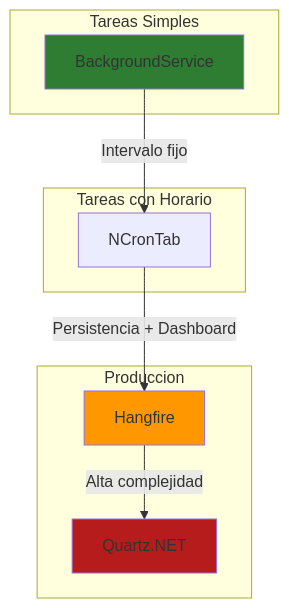
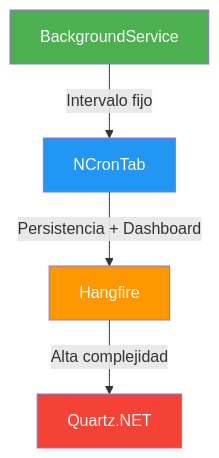
One commit to joseluisgs/DesarrolloWebEntornosServidor-02-2026-2027 changed the second of 4 diagrams in 22-tareas-programadas.md. Above: the diagram before and after it, drawn with Mermaid. The commit also changed other lines of this file, not shown here.

First line of the commit message:
[docs] Reescribir 22-tareas-programadas.md con formato AGENTS.md

````diff
--- a/22-tareas-programadas.md
+++ b/22-tareas-programadas.md
@@ -73,23 +94,10 @@
 ```mermaid
 flowchart TB
-    subgraph Simple["Tareas Simples"]
-        BS[BackgroundService]
-    end
-    
-    subgraph Medium["Tareas con Horario"]
-        NC[NCronTab]
-    end
-    
-    subgraph Production["Produccion"]
-        HB[Hangfire]
-        QZ[Quartz.NET]
-    end
-    
-    BS -->|"Intervalo fijo"| NC
-    NC -->|"Persistencia + Dashboard"| HB
-    HB -->|"Alta complejidad"| QZ
-    
-    style BS fill:#2E7D32
-    style HB fill:#FF9800
-    style QZ fill:#B71C1C
+    BS["BackgroundService"] -->|"Intervalo fijo"| NC["NCronTab"]
+    NC -->|"Persistencia + Dashboard"| HB["Hangfire"]
+    HB -->|"Alta complejidad"| QZ["Quartz.NET"]
+    style BS fill:#4CAF50,color:#fff
+    style NC fill:#2196F3,color:#fff
+    style HB fill:#FF9800,color:#fff
+    style QZ fill:#f44336,color:#fff
 ```
````
